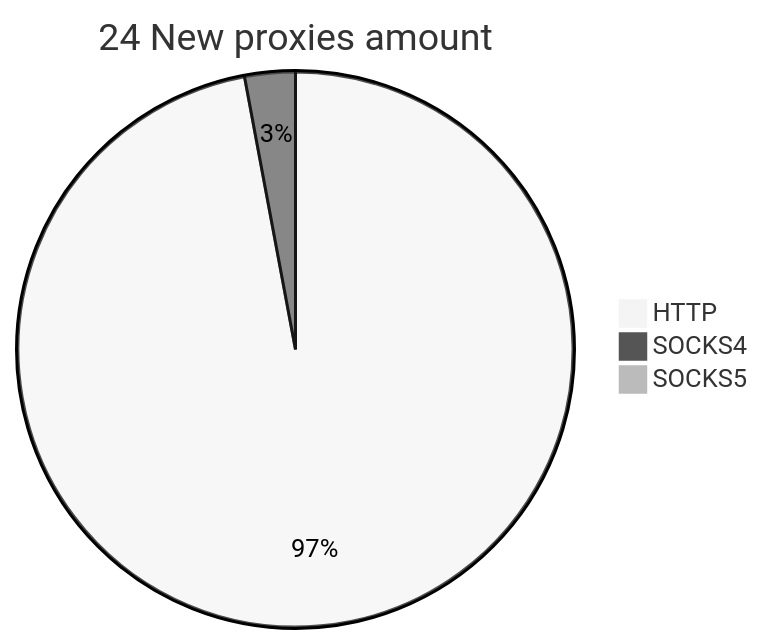
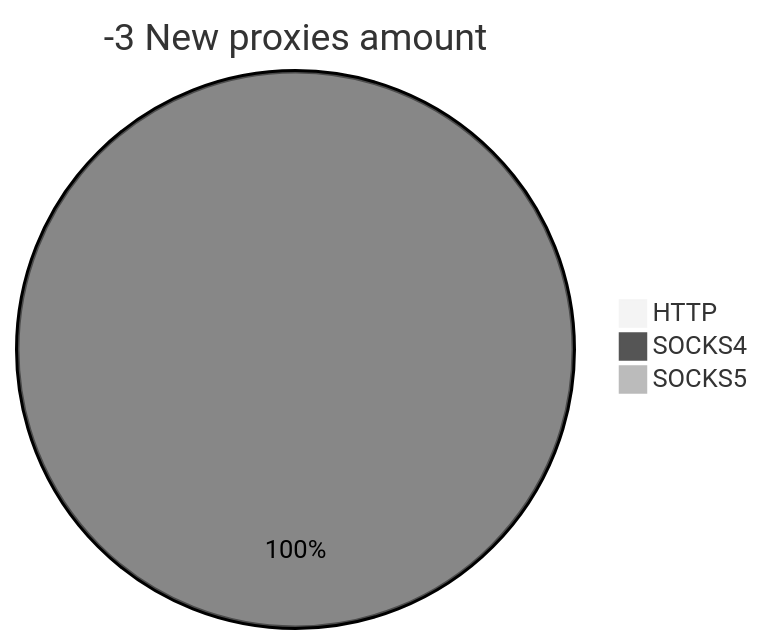
The second of 2 diagrams in README.md (cutipu/proxylist), drawn with Mermaid (neutral theme) before and after one commit. The commit also changed other lines of this file, not shown here.

````diff
--- a/README.md
+++ b/README.md
@@ -10,6 +10,6 @@
 ```mermaid
-pie title 24 New proxies amount
-    "HTTP" : 33
-    "SOCKS4" : 1
+pie title -3 New proxies amount
+    "HTTP" : 0
+    "SOCKS4" : 2
     "SOCKS5" : 0
 ```
````
